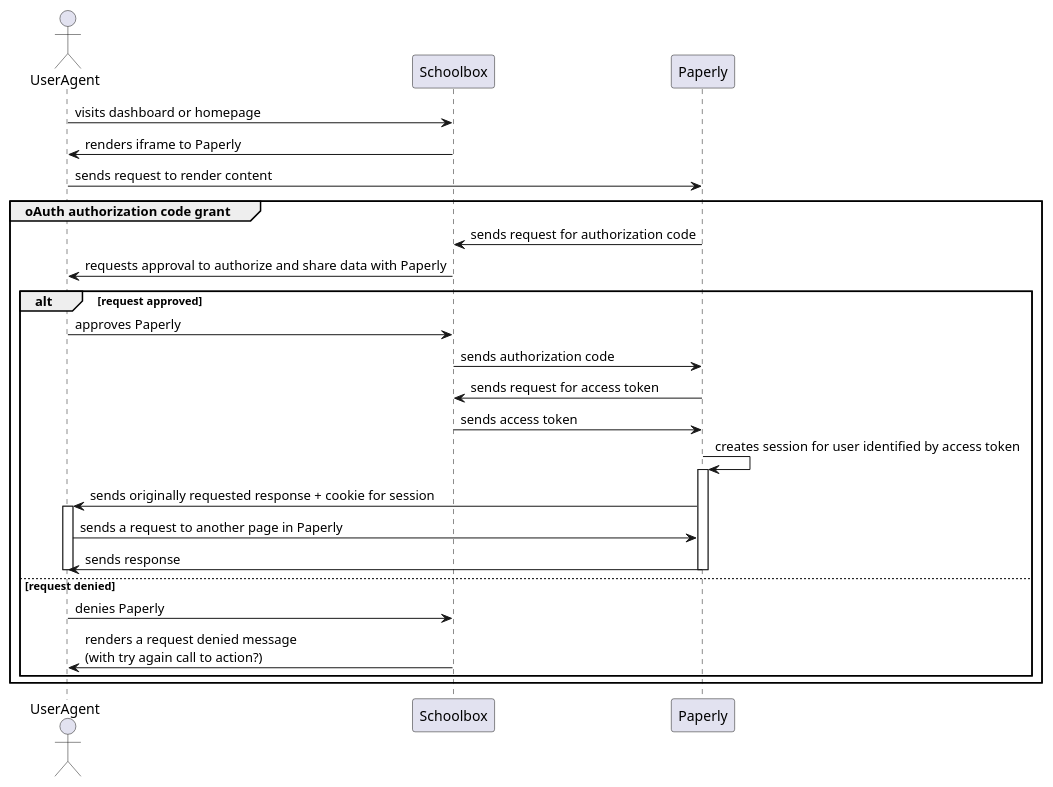
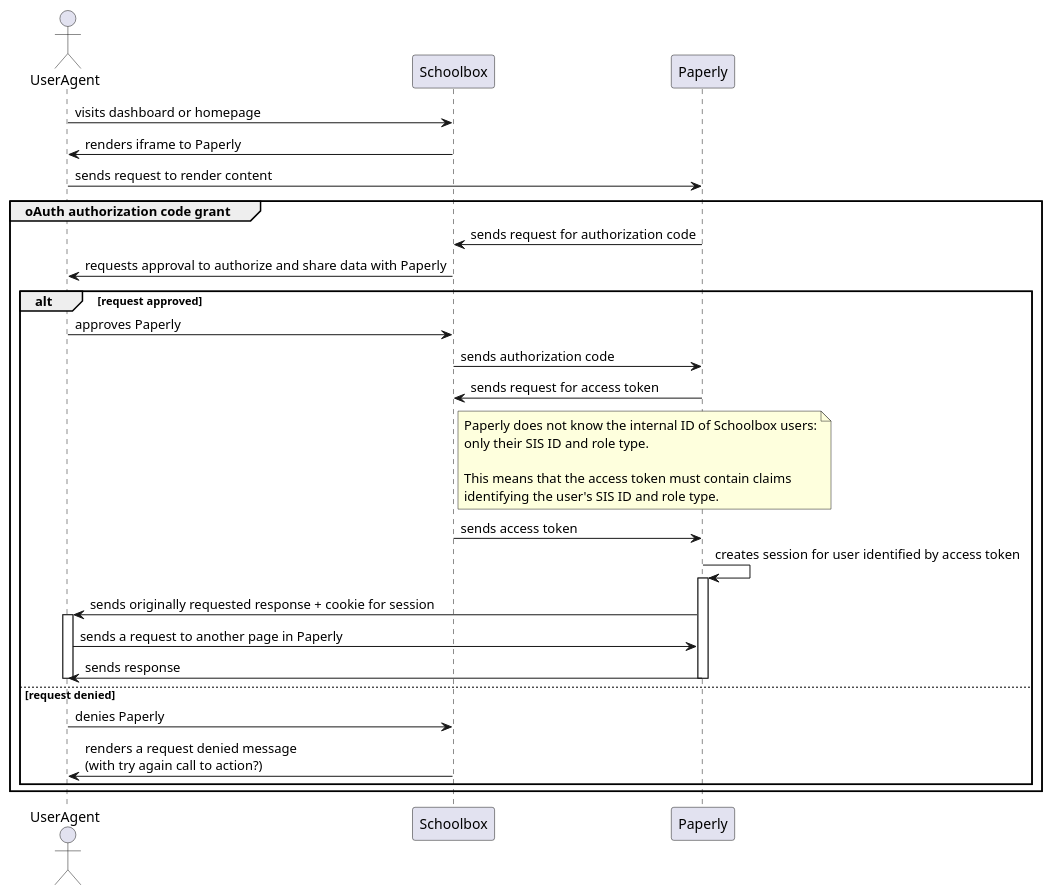
The diagram in library/Schoolbox/Oidc/Provider/component.plantuml (juliaattrevisan/schoolbox-api-docs), drawn with PlantUML before and after one commit. The commit also changed 1 other file, not shown here.

Commit message:
Add note about what Paperly knows [SA-17368]

```diff
--- a/library/Schoolbox/Oidc/Provider/component.plantuml
+++ b/library/Schoolbox/Oidc/Provider/component.plantuml
@@ -1,35 +1,42 @@
 @startuml
 'https://plantuml.com/sequence-diagram
 
 actor UserAgent
 
 UserAgent -> Schoolbox : visits dashboard or homepage
 Schoolbox -> UserAgent : renders iframe to Paperly
 UserAgent -> Paperly : sends request to render content
 
 group oAuth authorization code grant
     Paperly -> Schoolbox : sends request for authorization code
     Schoolbox -> UserAgent : requests approval to authorize and share data with Paperly
 
     alt request approved
         UserAgent -> Schoolbox : approves Paperly
         Schoolbox -> Paperly : sends authorization code
         Paperly -> Schoolbox : sends request for access token
+        note right of Schoolbox
+          Paperly does not know the internal ID of Schoolbox users:
+          only their SIS ID and role type.
+
+          This means that the access token must contain claims
+          identifying the user's SIS ID and role type.
+        end note
         Schoolbox -> Paperly : sends access token
         Paperly -> Paperly : creates session for user identified by access token
         activate Paperly
         Paperly -> UserAgent : sends originally requested response + cookie for session
         activate UserAgent
 
         UserAgent -> Paperly : sends a request to another page in Paperly
         Paperly -> UserAgent : sends response
 
         deactivate UserAgent
         deactivate Paperly
     else request denied
         UserAgent -> Schoolbox : denies Paperly
         Schoolbox -> UserAgent : renders a request denied message\n(with try again call to action?)
     end
 end
 
 @enduml
```
